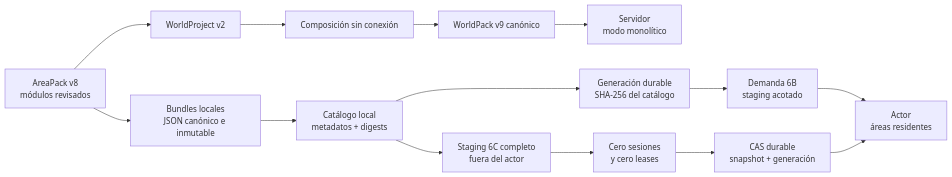
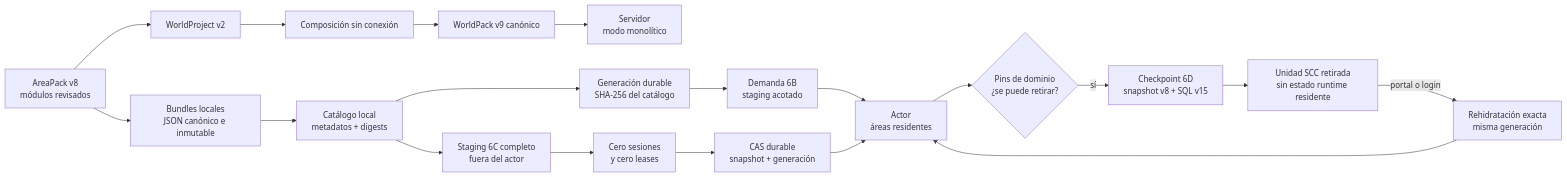
Before and after one commit to hyukudan/tiamud: the seventh of 7 diagrams in README.md, drawn with Mermaid. The commit also changed other lines of this file and 58 other files, not shown here.

````diff
--- a/README.md
+++ b/README.md
@@ -577,19 +597,24 @@
 ```mermaid
 flowchart LR
     accTitle: Autoría modular y generaciones locales de áreas
-    accDescr: Los mismos módulos producen un WorldPack monolítico y bundles locales. El servidor puede añadir áreas de la generación activa y sustituir la generación completa solo durante un corte quiescente; no descarga áreas.
+    accDescr: Los módulos producen un WorldPack monolítico y bundles locales. El servidor carga bajo demanda, cambia una generación completa en un corte quiescente y puede retirar de forma reversible unidades cerradas de la misma generación.
 
     Areas[AreaPack v8<br/>módulos revisados] --> Project[WorldProject v2]
     Project --> Compose[Composición sin conexión]
     Compose --> World[WorldPack v9 canónico]
     World --> Runtime[Servidor<br/>modo monolítico]
     Areas --> Bundle[Bundles locales<br/>JSON canónico e inmutable]
     Bundle --> Catalog[Catálogo local<br/>metadatos + digests]
     Catalog --> Active[Generación durable<br/>SHA-256 del catálogo]
     Active --> Demand[Demanda 6B<br/>staging acotado]
     Demand --> Actor[Actor<br/>áreas residentes]
+    Actor --> Pins{Pins de dominio<br/>¿se puede retirar?}
+    Pins -->|sí| Checkpoint[Checkpoint 6D<br/>snapshot v8 + SQL v15]
+    Checkpoint --> Cold[Unidad SCC retirada<br/>sin estado runtime residente]
+    Cold -->|portal o login| Rehydrate[Rehidratación exacta<br/>misma generación]
+    Rehydrate --> Actor
     Catalog --> FullStage[Staging 6C completo<br/>fuera del actor]
     FullStage --> Quiet[Cero sesiones<br/>y cero leases]
     Quiet --> CAS[CAS durable<br/>snapshot + generación]
     CAS --> Actor
 ```
````
